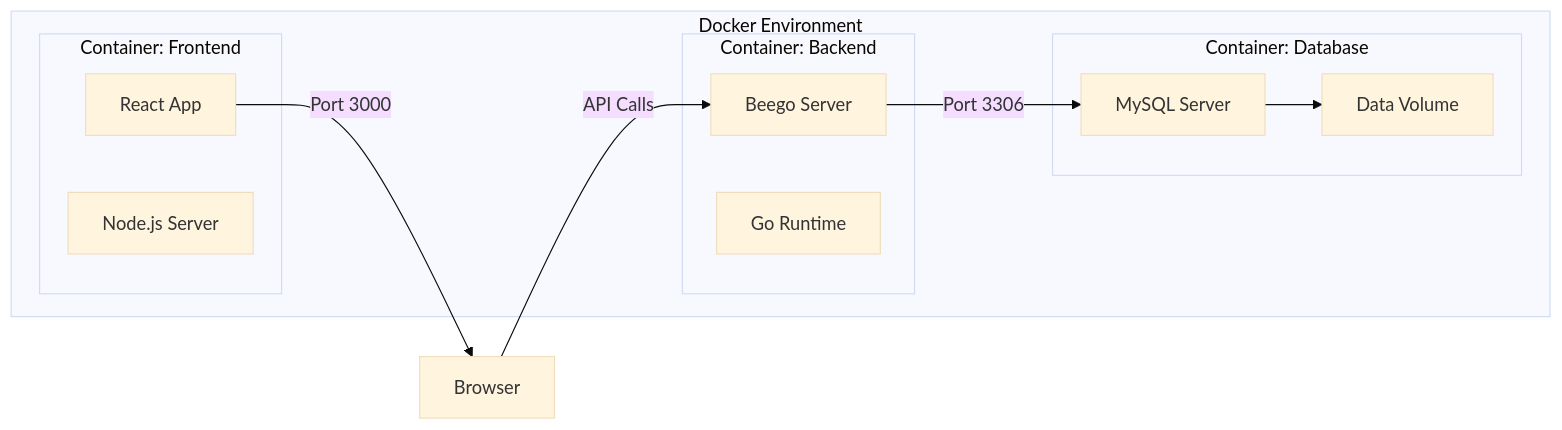
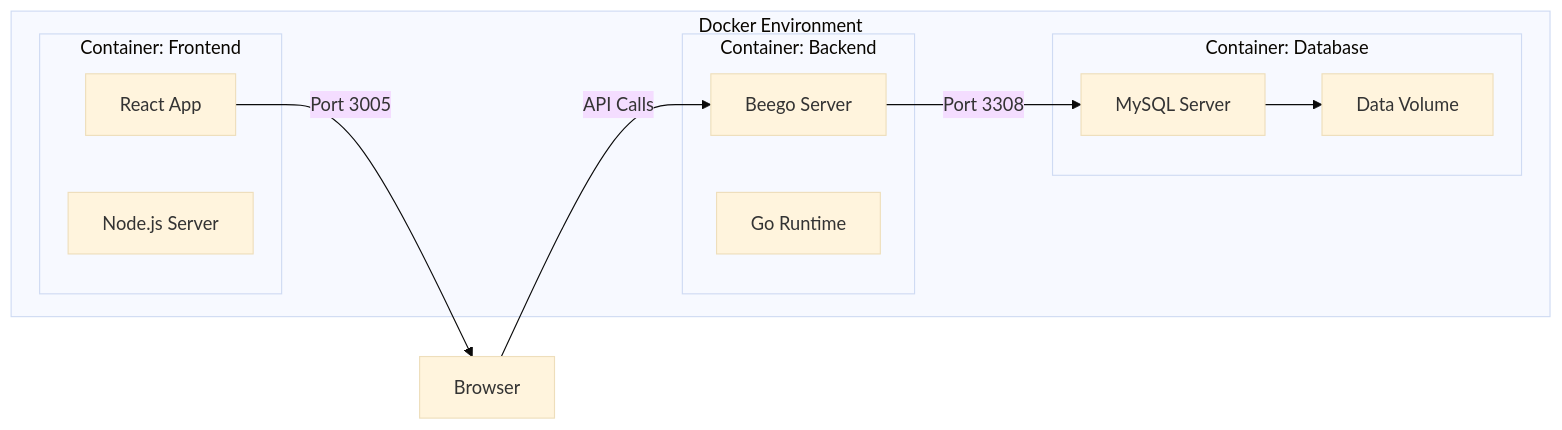
One commit to jo1013/to_dolist changed the second of 2 diagrams in README.md. Above: the diagram before and after it, drawn with Mermaid (base theme). The commit also changed other lines of this file and 12 other files, not shown here.

````diff
--- a/README.md
+++ b/README.md
@@ -184,26 +184,26 @@
 ```mermaid
 graph LR
     subgraph "Docker Environment"
         subgraph "Container: Frontend"
             A[React App]
             B[Node.js Server]
         end
 
         subgraph "Container: Backend"
             C[Beego Server]
             D[Go Runtime]
         end
 
         subgraph "Container: Database"
             E[MySQL Server]
             F[Data Volume]
         end
     end
 
-    A --> |Port 3000| G[Browser]
+    A --> |Port 3005| G[Browser]
     G --> |API Calls| C
-    C --> |Port 3306| E
+    C --> |Port 3308| E
     E --> F
 
 
 ```
````
